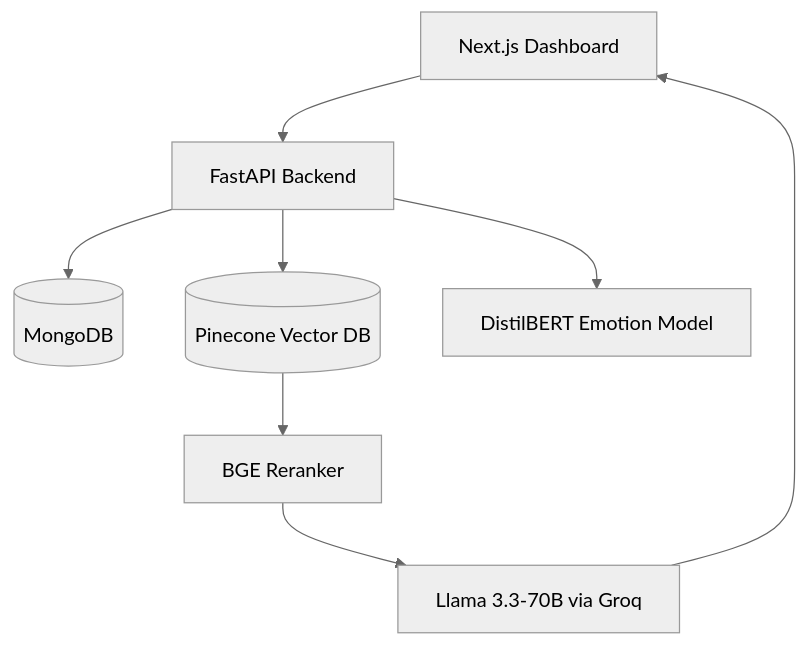
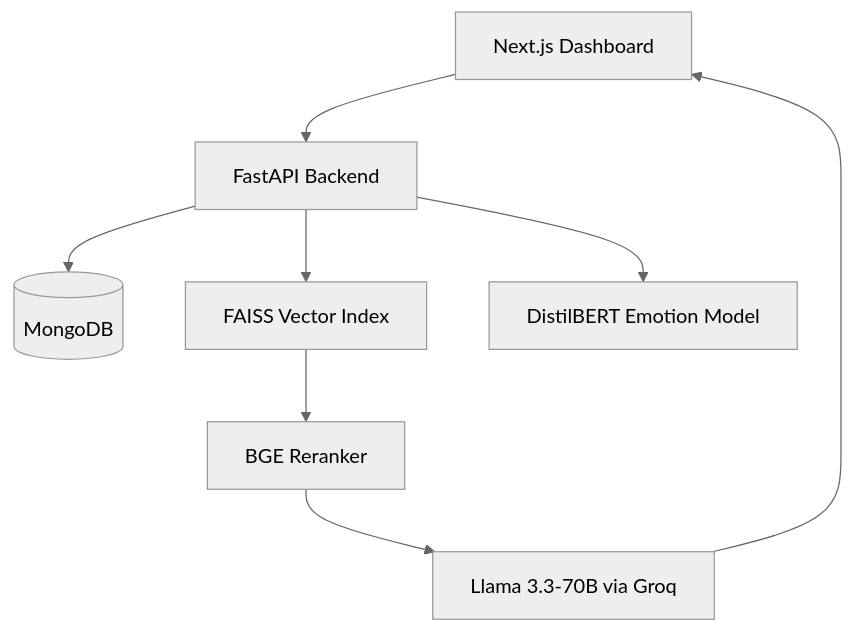
The diagram in README.md (afianas/Meetric-Meeting-Intelligence-Hub), drawn with Mermaid (neutral theme) before and after one commit. The commit also changed other lines of this file, not shown here.

````diff
--- a/README.md
+++ b/README.md
@@ -50,10 +130,11 @@
 ```mermaid
 graph TD
   A[Next.js Dashboard] --> B[FastAPI Backend]
   B --> C[(MongoDB)]
-  B --> D[(Pinecone Vector DB)]
+  B --> D[FAISS Vector Index]
   D --> E[BGE Reranker]
   E --> F[Llama 3.3-70B via Groq]
   B --> G[DistilBERT Emotion Model]
   F --> A
+  
 ```
````
